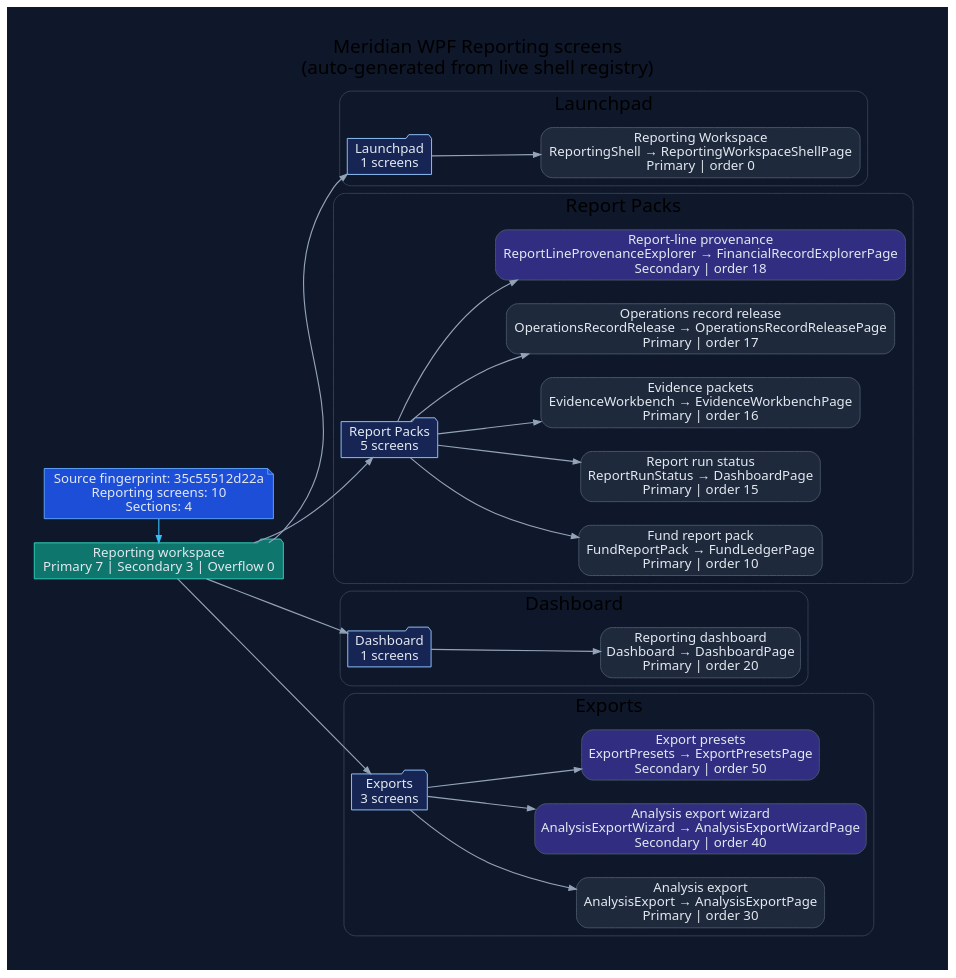
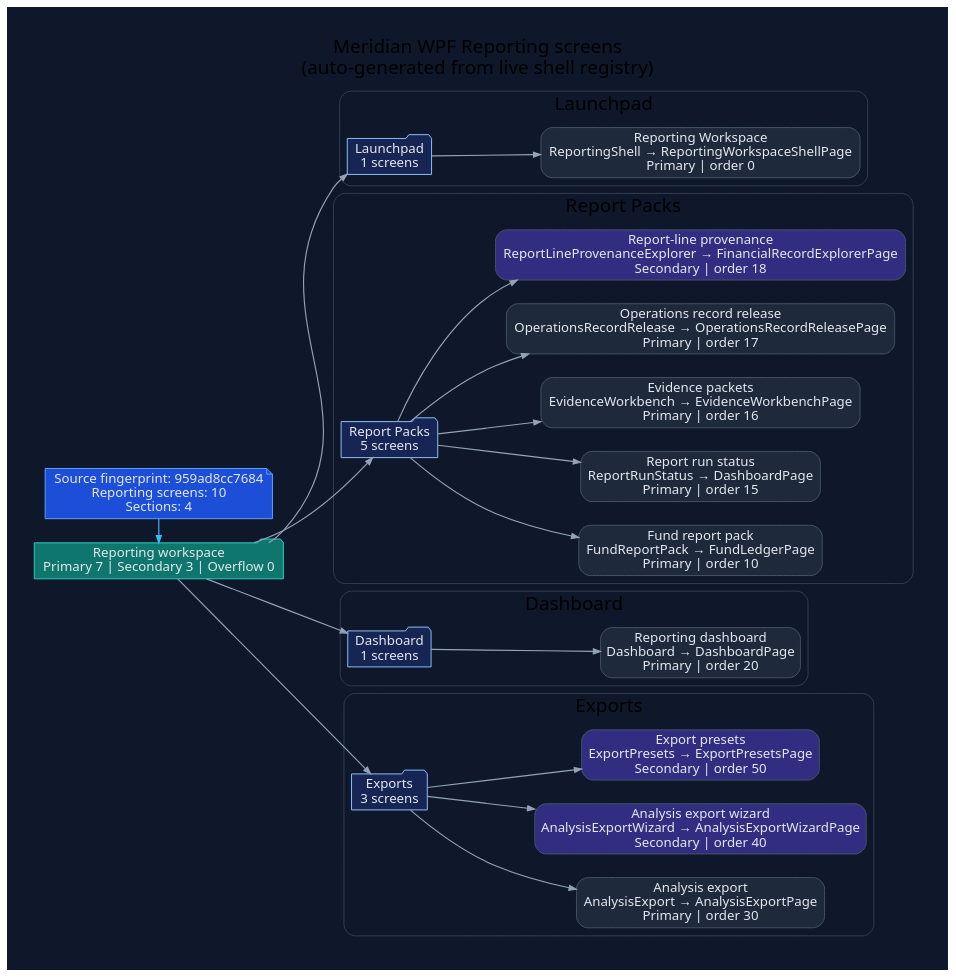
The diagram in docs/diagrams/ui/ui-wpf-screens-reporting.dot (rodoHasArrived/Meridian-main), drawn with Graphviz before and after one commit. The commit also changed 51 other files, not shown here.

```diff
--- a/docs/diagrams/ui/ui-wpf-screens-reporting.dot
+++ b/docs/diagrams/ui/ui-wpf-screens-reporting.dot
@@ -1,78 +1,78 @@
 // -----------------------------------------------------------------------------
 // <auto-generated>
 // Generated by scripts/generate-diagrams.mjs.
 // Do not edit this file directly; update the WPF source files instead.
 // -----------------------------------------------------------------------------
 digraph WpfReportingScreens {
   graph [
     rankdir=LR,
     labelloc=t,
     label="Meridian WPF Reporting screens\n(auto-generated from live shell registry)",
     fontname="Segoe UI",
     fontsize=20,
     pad=0.4,
     nodesep=0.35,
     ranksep=0.85,
     bgcolor="#0f172a"
   ];
   node [fontname="Segoe UI", shape=box, style="rounded,filled", color="#475569", fontcolor="#e2e8f0", fillcolor="#1e293b"];
   edge [fontname="Segoe UI", color="#94a3b8", penwidth=1.2, arrowsize=0.75];
 
-  generated [shape=note, fillcolor="#1d4ed8", color="#60a5fa", label="Source fingerprint: 35c55512d22a\nReporting screens: 10\nSections: 4"];
+  generated [shape=note, fillcolor="#1d4ed8", color="#60a5fa", label="Source fingerprint: 959ad8cc7684\nReporting screens: 10\nSections: 4"];
   workspace [shape=folder, fillcolor="#0f766e", color="#2dd4bf", label="Reporting workspace\nPrimary 7 | Secondary 3 | Overflow 0"];
   generated -> workspace [color="#38bdf8"];
 
   subgraph cluster_section_1 {
     label="Launchpad";
     color="#334155";
     style="rounded";
     section_1 [shape=folder, fillcolor="#172554", color="#93c5fd", label="Launchpad\n1 screens"];
     workspace -> section_1;
     screen_ReportingShell [fillcolor="#1e293b", label="Reporting Workspace\nReportingShell → ReportingWorkspaceShellPage\nPrimary | order 0"];
     section_1 -> screen_ReportingShell;
   }
 
   subgraph cluster_section_2 {
     label="Report Packs";
     color="#334155";
     style="rounded";
     section_2 [shape=folder, fillcolor="#172554", color="#93c5fd", label="Report Packs\n5 screens"];
     workspace -> section_2;
     screen_FundReportPack [fillcolor="#1e293b", label="Fund report pack\nFundReportPack → FundLedgerPage\nPrimary | order 10"];
     section_2 -> screen_FundReportPack;
     screen_ReportRunStatus [fillcolor="#1e293b", label="Report run status\nReportRunStatus → DashboardPage\nPrimary | order 15"];
     section_2 -> screen_ReportRunStatus;
     screen_EvidenceWorkbench [fillcolor="#1e293b", label="Evidence packets\nEvidenceWorkbench → EvidenceWorkbenchPage\nPrimary | order 16"];
     section_2 -> screen_EvidenceWorkbench;
     screen_OperationsRecordRelease [fillcolor="#1e293b", label="Operations record release\nOperationsRecordRelease → OperationsRecordReleasePage\nPrimary | order 17"];
     section_2 -> screen_OperationsRecordRelease;
     screen_ReportLineProvenanceExplorer [fillcolor="#312e81", label="Report-line provenance\nReportLineProvenanceExplorer → FinancialRecordExplorerPage\nSecondary | order 18"];
     section_2 -> screen_ReportLineProvenanceExplorer;
   }
 
   subgraph cluster_section_3 {
     label="Dashboard";
     color="#334155";
     style="rounded";
     section_3 [shape=folder, fillcolor="#172554", color="#93c5fd", label="Dashboard\n1 screens"];
     workspace -> section_3;
     screen_Dashboard [fillcolor="#1e293b", label="Reporting dashboard\nDashboard → DashboardPage\nPrimary | order 20"];
     section_3 -> screen_Dashboard;
   }
 
   subgraph cluster_section_4 {
     label="Exports";
     color="#334155";
     style="rounded";
     section_4 [shape=folder, fillcolor="#172554", color="#93c5fd", label="Exports\n3 screens"];
     workspace -> section_4;
     screen_AnalysisExport [fillcolor="#1e293b", label="Analysis export\nAnalysisExport → AnalysisExportPage\nPrimary | order 30"];
     section_4 -> screen_AnalysisExport;
     screen_AnalysisExportWizard [fillcolor="#312e81", label="Analysis export wizard\nAnalysisExportWizard → AnalysisExportWizardPage\nSecondary | order 40"];
     section_4 -> screen_AnalysisExportWizard;
     screen_ExportPresets [fillcolor="#312e81", label="Export presets\nExportPresets → ExportPresetsPage\nSecondary | order 50"];
     section_4 -> screen_ExportPresets;
   }
 
   { rank=min; generated; workspace; }
 }
```
